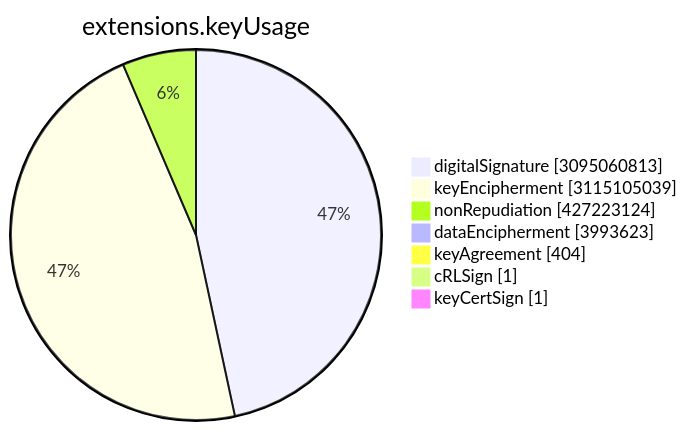
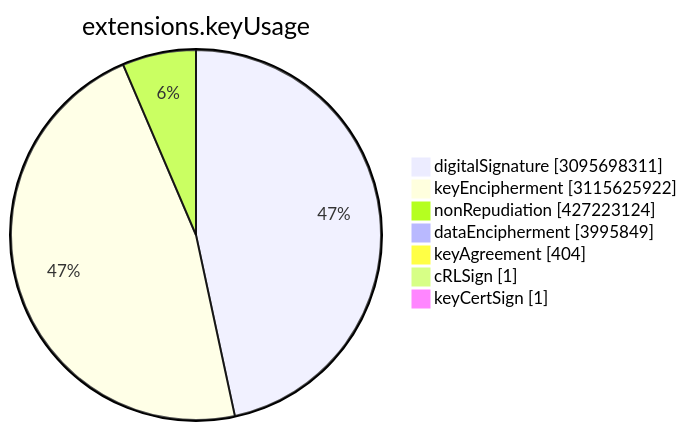
Before and after one commit to christiankrug/ctmonitor_visualization: the sixth of 15 diagrams in TOTAL/README.md, drawn with Mermaid. The commit also changed other lines of this file, not shown here.

````diff
--- a/TOTAL/README.md
+++ b/TOTAL/README.md
@@ -3077,11 +3077,11 @@
 ```mermaid
 pie showData
 title extensions.keyUsage
-"digitalSignature" :3095060813
-"keyEncipherment" :3115105039
+"digitalSignature" :3095698311
+"keyEncipherment" :3115625922
 "nonRepudiation" :427223124
-"dataEncipherment" :3993623
+"dataEncipherment" :3995849
 "keyAgreement" :404
 "cRLSign" :1
 "keyCertSign" :1
 ```
````
